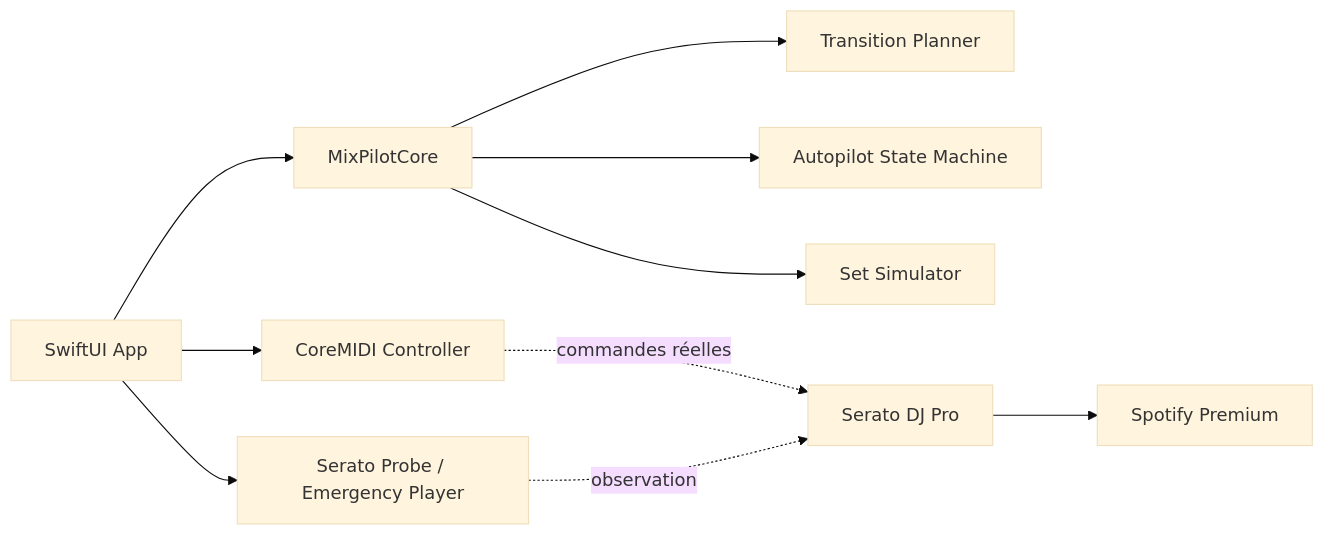
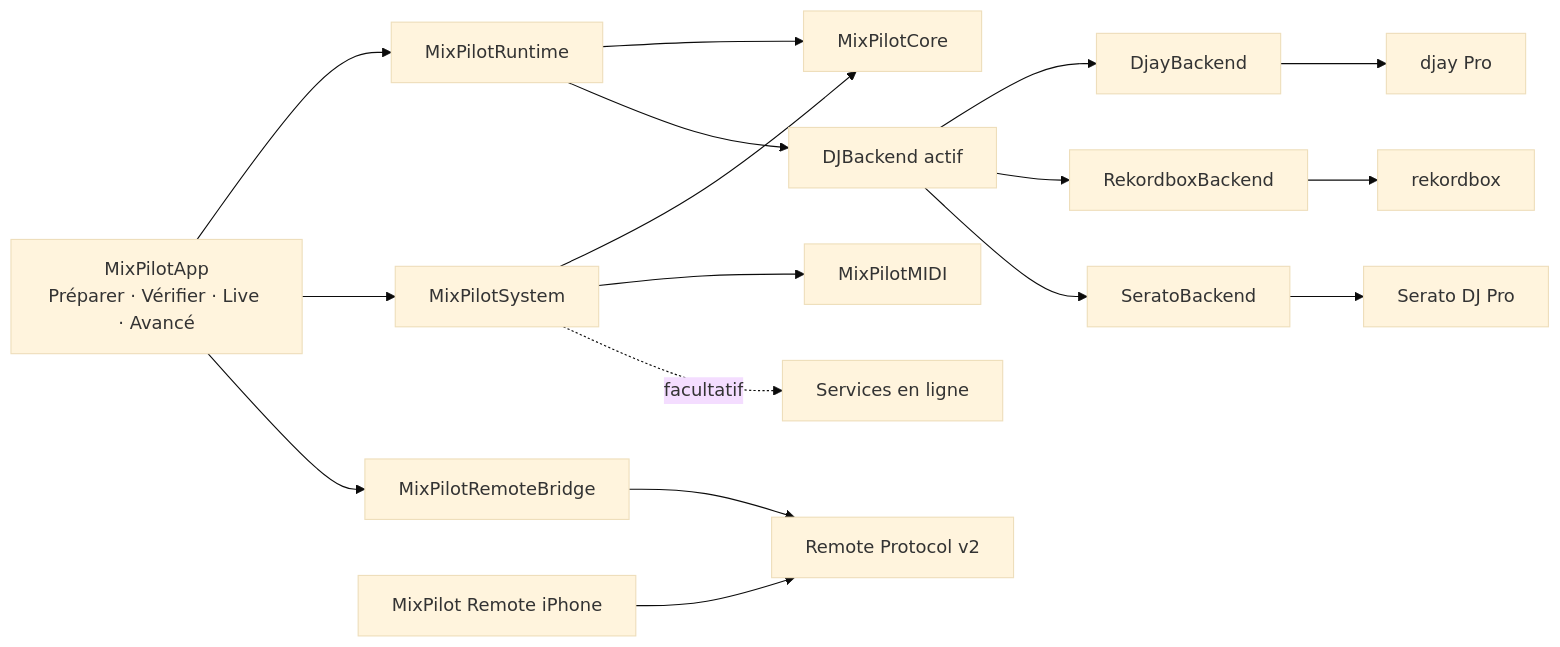
Before and after one commit to lucasmezen972-ui/Mixpilot: the diagram in Documentation/ARCHITECTURE.md, drawn with Mermaid (base theme). The commit also changed other lines of this file, not shown here.

Commit message:
docs: replace the Serato MVP architecture with the canonical backend graph

````diff
--- a/Documentation/ARCHITECTURE.md
+++ b/Documentation/ARCHITECTURE.md
@@ -3,12 +8,23 @@
 ```mermaid
 flowchart LR
-    UI[SwiftUI App] --> Core[MixPilotCore]
-    UI --> MIDI[CoreMIDI Controller]
-    UI --> System[Serato Probe / Emergency Player]
-    Core --> Planner[Transition Planner]
-    Core --> Engine[Autopilot State Machine]
-    Core --> Simulator[Set Simulator]
-    MIDI -. commandes réelles .-> Serato[Serato DJ Pro]
-    System -. observation .-> Serato
-    Serato --> Spotify[Spotify Premium]
+    App[MixPilotApp\nPréparer · Vérifier · Live · Avancé] --> Runtime[MixPilotRuntime]
+    App --> System[MixPilotSystem]
+    App --> RemoteBridge[MixPilotRemoteBridge]
+
+    Runtime --> Core[MixPilotCore]
+    Runtime --> Backend[DJBackend actif]
+    System --> Core
+    System --> MIDI[MixPilotMIDI]
+    RemoteBridge --> RemoteProtocol[Remote Protocol v2]
+    iPhone[MixPilot Remote iPhone] --> RemoteProtocol
+
+    Backend --> Djay[DjayBackend]
+    Backend --> Rekordbox[RekordboxBackend]
+    Backend --> Serato[SeratoBackend]
+
+    Djay --> DJAYAPP[djay Pro]
+    Rekordbox --> RBAPP[rekordbox]
+    Serato --> SERATOAPP[Serato DJ Pro]
+
+    System -. facultatif .-> Online[Services en ligne]
 ```
````
